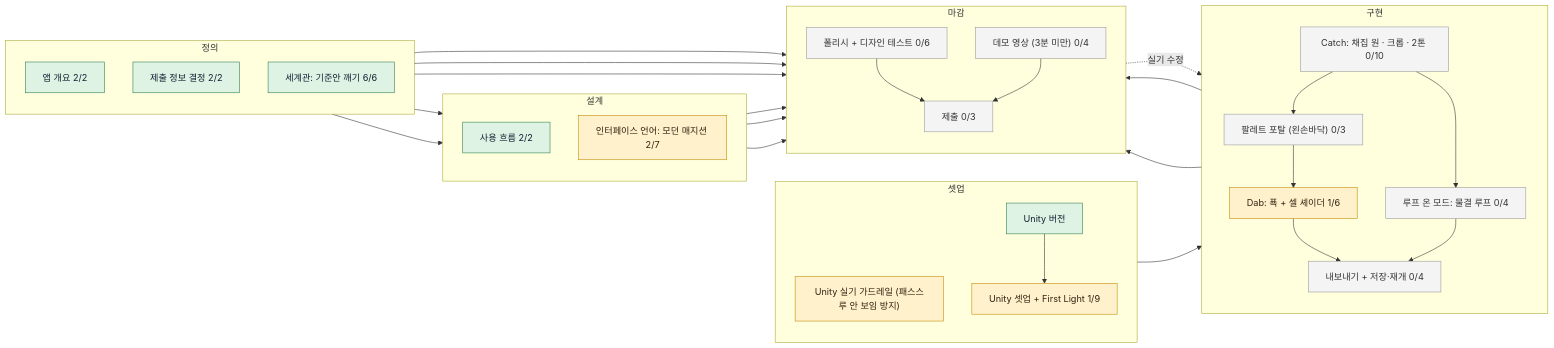
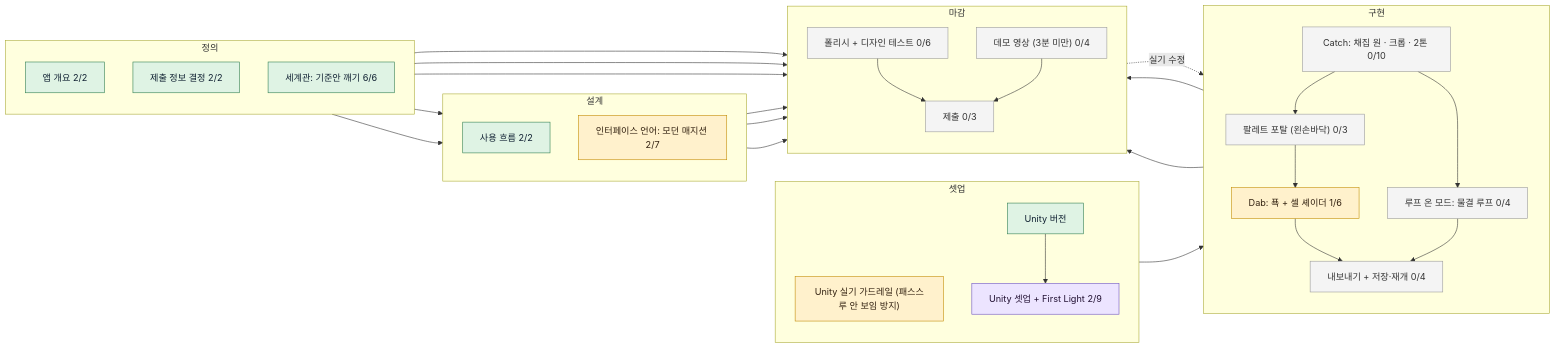
The diagram in board/BOARD.md (reality404studio/meta-mr-picker), drawn with Mermaid before and after one commit. The commit also changed other lines of this file and 64 other files, not shown here.

````diff
--- a/board/BOARD.md
+++ b/board/BOARD.md
@@ -19,59 +19,59 @@
 ```mermaid
 flowchart LR
   subgraph s_define["정의"]
     direction TB
     brief["앱 개요 2/2"]:::done
     submit_meta["제출 정보 결정 2/2"]:::done
     world["세계관: 기준안 깨기 6/6"]:::done
   end
   subgraph s_design["설계"]
     direction TB
     usage_flow["사용 흐름 2/2"]:::done
     interface["인터페이스 언어: 모던 매지션 2/7"]:::doing
   end
   subgraph s_prototype["셋업"]
     direction TB
     use_unity_guardrails["Unity 실기 가드레일 (패스스루 안 보임 방지)"]:::doing
     use_unity_version["Unity 버전"]:::done
-    setup["Unity 셋업 + First Light 1/9"]:::doing
+    setup["Unity 셋업 + First Light 2/9"]:::review
   end
   subgraph s_build["구현"]
     direction TB
     catch["Catch: 채집 원 · 크롭 · 2톤 0/10"]:::todo
     loop["루프 온 모드: 물결 루프 0/4"]:::todo
     portal["팔레트 포탈 (왼손바닥) 0/3"]:::todo
     dab["Dab: 푝 + 셀 셰이더 1/6"]:::doing
     export["내보내기 + 저장·재개 0/4"]:::todo
   end
   subgraph s_review["마감"]
     direction TB
     polish["폴리시 + 디자인 테스트 0/6"]:::todo
     demo_video["데모 영상 (3분 미만) 0/4"]:::todo
     submit["제출 0/3"]:::todo
   end
   brief --> usage_flow
   use_unity_version --> setup
   setup --> catch
   catch --> loop
   catch --> portal
   portal --> dab
   dab --> export
   loop --> export
   export --> polish
   usage_flow --> polish
   catch --> demo_video
   polish --> submit
   demo_video --> submit
   submit_meta --> submit
   polish -.->|실기 수정| dab
   world --> demo_video
   world --> polish
   world --> interface
   interface --> polish
   interface --> demo_video
   classDef done fill:#dff3e4,stroke:#2e7d4f,color:#123
   classDef doing fill:#fff1cc,stroke:#c28a00,color:#321
   classDef review fill:#ece4ff,stroke:#6a4fc2,color:#213
   classDef todo fill:#f4f4f4,stroke:#999,color:#333
   classDef blocked fill:#ffdede,stroke:#c22,color:#311
 ```
````
